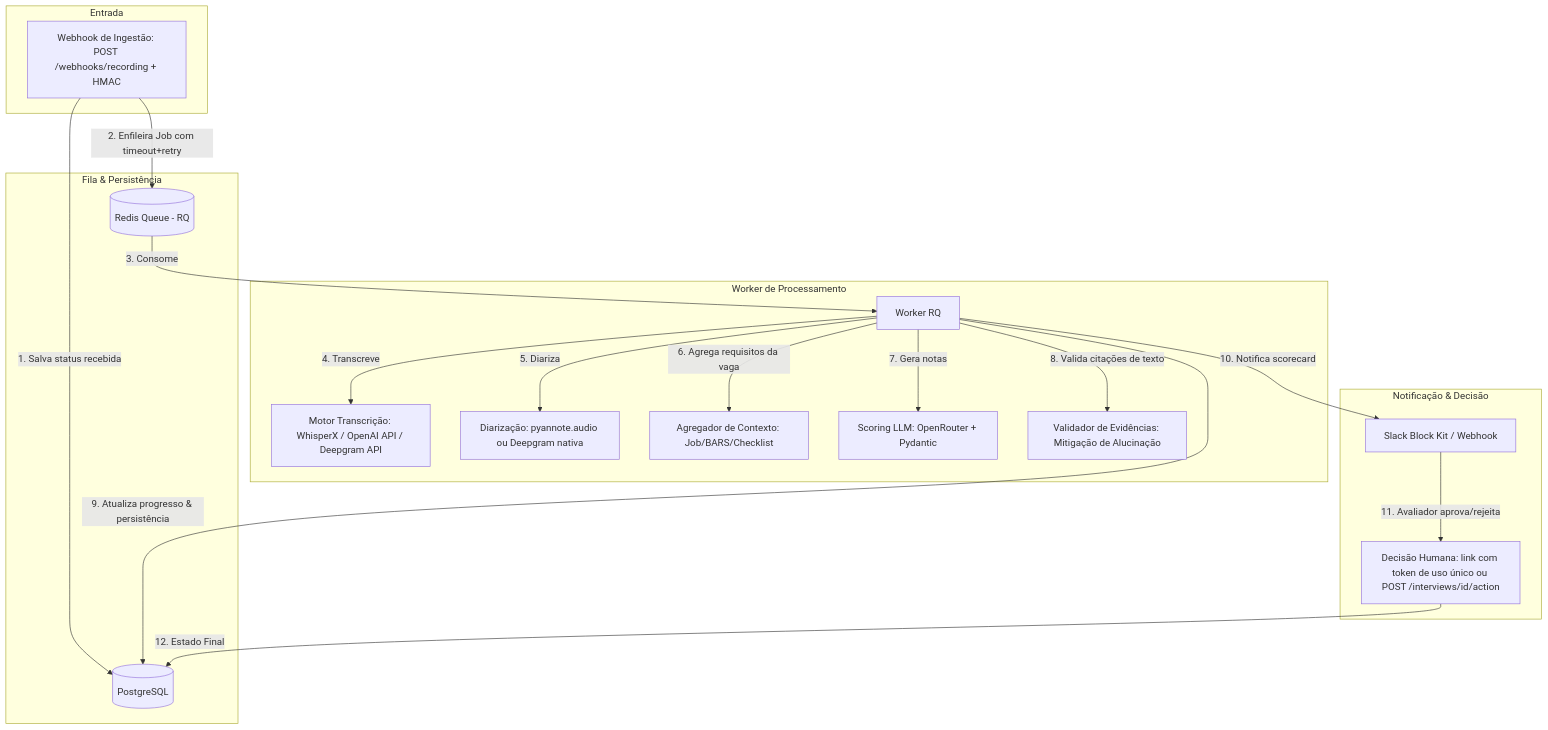
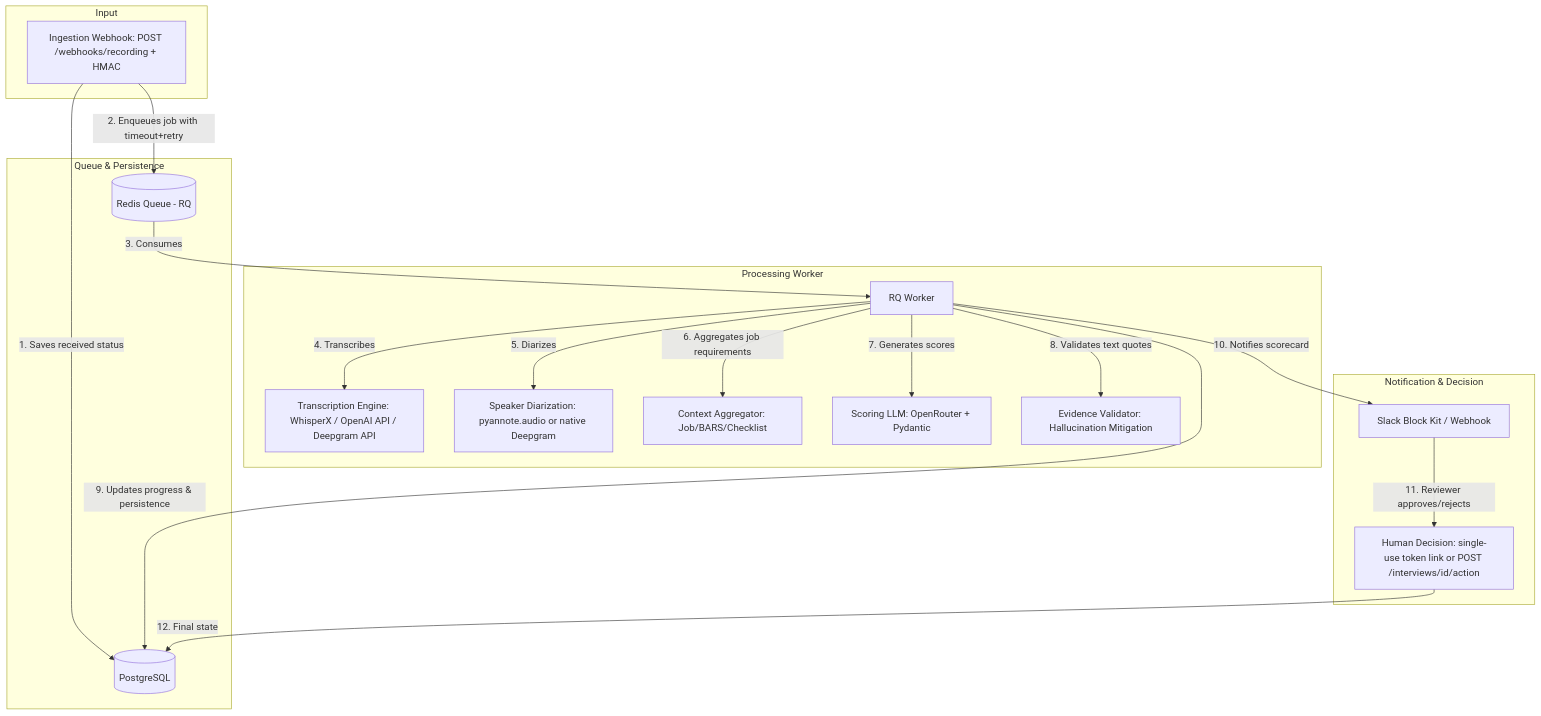
One commit to luccapinto/scorecard-pipeline changed the first of 3 diagrams in README.md. Above: the diagram before and after it, drawn with Mermaid. The commit also changed other lines of this file, not shown here.

````diff
--- a/README.md
+++ b/README.md
@@ -40,38 +38,38 @@
 ```mermaid
 flowchart TD
-    subgraph Entrada
-        Webhook[Webhook de Ingestão: POST /webhooks/recording + HMAC]
+    subgraph Input
+        Webhook[Ingestion Webhook: POST /webhooks/recording + HMAC]
     end
 
-    subgraph Fila & Persistência
+    subgraph Queue & Persistence
         Redis[(Redis Queue - RQ)]
         Postgres[(PostgreSQL)]
     end
 
-    subgraph Worker de Processamento
-        Worker[Worker RQ]
-        Transcribe[Motor Transcrição: WhisperX / OpenAI API / Deepgram API]
-        Diarize[Diarização: pyannote.audio ou Deepgram nativa]
-        Context[Agregador de Contexto: Job/BARS/Checklist]
+    subgraph Processing Worker
+        Worker[RQ Worker]
+        Transcribe[Transcription Engine: WhisperX / OpenAI API / Deepgram API]
+        Diarize[Speaker Diarization: pyannote.audio or native Deepgram]
+        Context[Context Aggregator: Job/BARS/Checklist]
         LLM[Scoring LLM: OpenRouter + Pydantic]
-        Validator[Validador de Evidências: Mitigação de Alucinação]
+        Validator[Evidence Validator: Hallucination Mitigation]
     end
 
-    subgraph Notificação & Decisão
+    subgraph Notification & Decision
         Slack[Slack Block Kit / Webhook]
-        Approver[Decisão Humana: link com token de uso único ou POST /interviews/id/action]
+        Approver[Human Decision: single-use token link or POST /interviews/id/action]
     end
 
-    Webhook -->|1. Salva status recebida| Postgres
-    Webhook -->|2. Enfileira Job com timeout+retry| Redis
-    Redis -->|3. Consome| Worker
-    Worker -->|4. Transcreve| Transcribe
-    Worker -->|5. Diariza| Diarize
-    Worker -->|6. Agrega requisitos da vaga| Context
-    Worker -->|7. Gera notas| LLM
-    Worker -->|8. Valida citações de texto| Validator
-    Worker -->|9. Atualiza progresso & persistência| Postgres
-    Worker -->|10. Notifica scorecard| Slack
-    Slack -->|11. Avaliador aprova/rejeita| Approver
-    Approver -->|12. Estado Final| Postgres
+    Webhook -->|1. Saves received status| Postgres
+    Webhook -->|2. Enqueues job with timeout+retry| Redis
+    Redis -->|3. Consumes| Worker
+    Worker -->|4. Transcribes| Transcribe
+    Worker -->|5. Diarizes| Diarize
+    Worker -->|6. Aggregates job requirements| Context
+    Worker -->|7. Generates scores| LLM
+    Worker -->|8. Validates text quotes| Validator
+    Worker -->|9. Updates progress & persistence| Postgres
+    Worker -->|10. Notifies scorecard| Slack
+    Slack -->|11. Reviewer approves/rejects| Approver
+    Approver -->|12. Final state| Postgres
 ```
````
